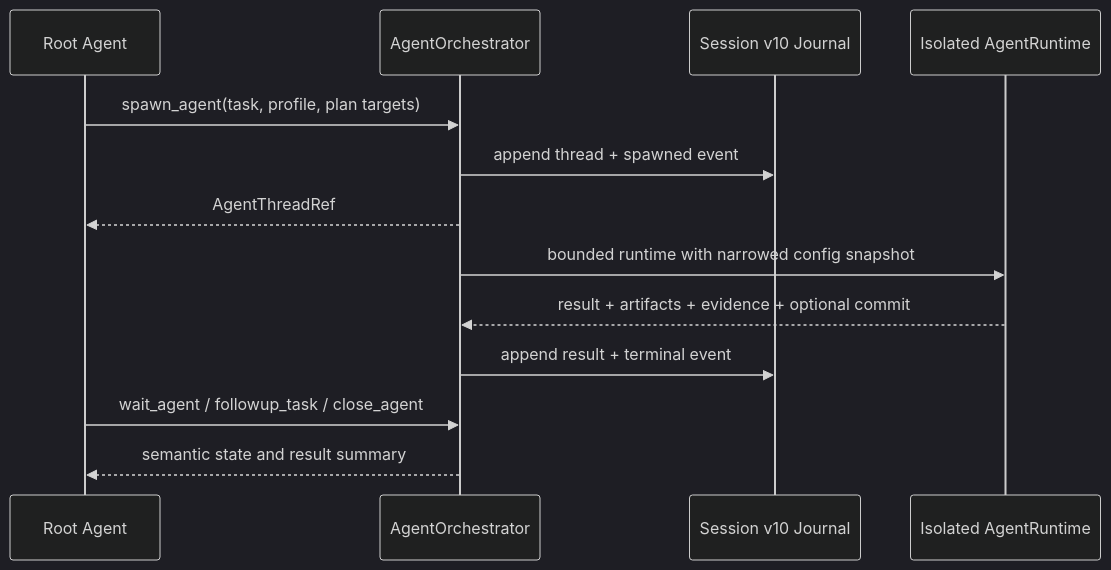
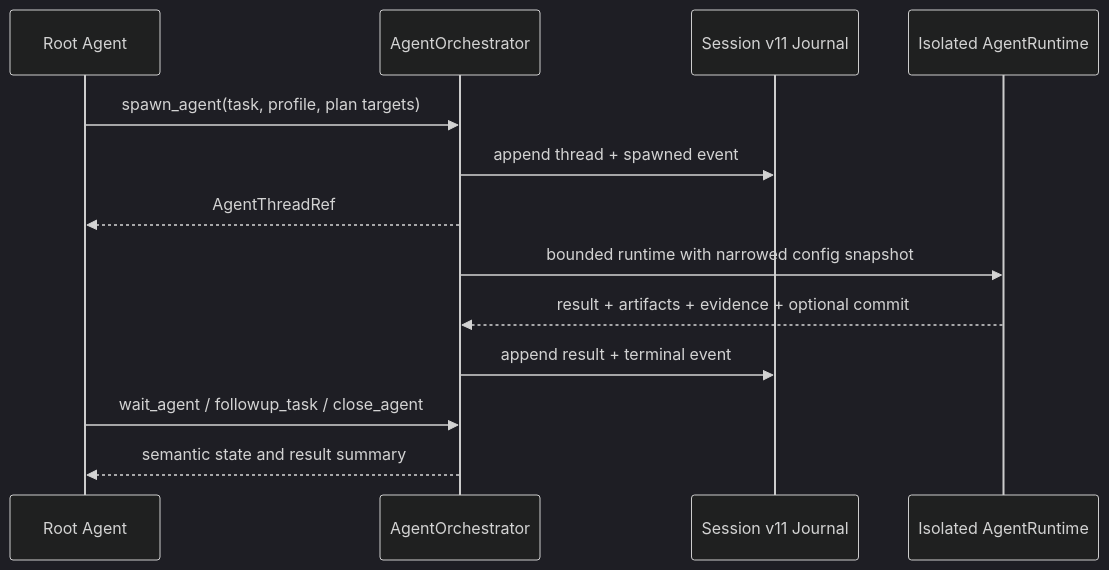
The second of 2 diagrams in docs/architecture-guide/06-extensions-and-delegation.md (JasonYZzz/lumen), drawn with Mermaid (dark theme) before and after one commit. The commit also changed other lines of this file and 65 other files, not shown here.

````diff
--- a/docs/architecture-guide/06-extensions-and-delegation.md
+++ b/docs/architecture-guide/06-extensions-and-delegation.md
@@ -59,16 +59,16 @@
 ```mermaid
 sequenceDiagram
     participant Parent as Root Agent
     participant AO as AgentOrchestrator
-    participant SR as Session v10 Journal
+    participant SR as Session v11 Journal
     participant Child as Isolated AgentRuntime
 
     Parent->>AO: spawn_agent(task, profile, plan targets)
     AO->>SR: append thread + spawned event
     AO-->>Parent: AgentThreadRef
     AO->>Child: bounded runtime with narrowed config snapshot
     Child-->>AO: result + artifacts + evidence + optional commit
     AO->>SR: append result + terminal event
     Parent->>AO: wait_agent / followup_task / close_agent
     AO-->>Parent: semantic state and result summary
 ```
````
